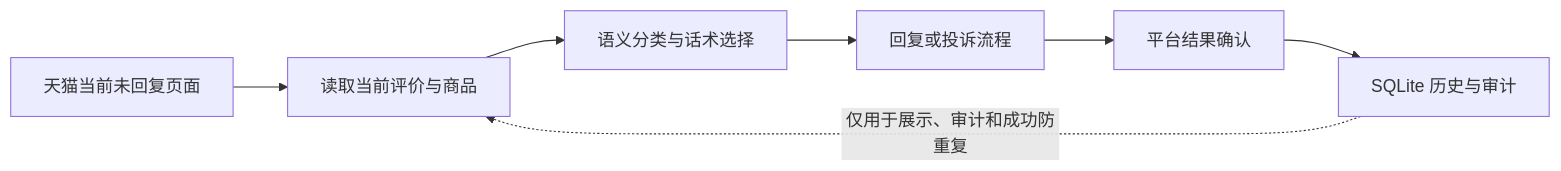
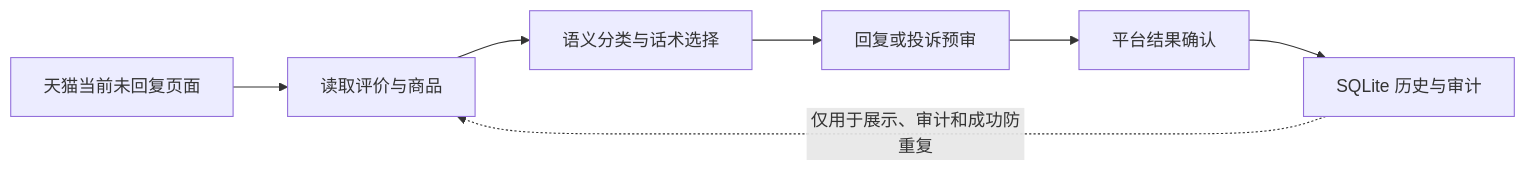
Before and after one commit to SmartLogicHub/tmall-review-console: the first of 2 diagrams in README.md, drawn with Mermaid. The commit also changed other lines of this file, not shown here.

````diff
--- a/README.md
+++ b/README.md
@@ -44,9 +41,9 @@
 ```mermaid
 flowchart LR
-    A["天猫当前未回复页面"] --> B["读取当前评价与商品"]
+    A["天猫当前未回复页面"] --> B["读取评价与商品"]
     B --> C["语义分类与话术选择"]
-    C --> D["回复或投诉流程"]
+    C --> D["回复或投诉预审"]
     D --> E["平台结果确认"]
     E --> F["SQLite 历史与审计"]
     F -. "仅用于展示、审计和成功防重复" .-> B
 ```
````
